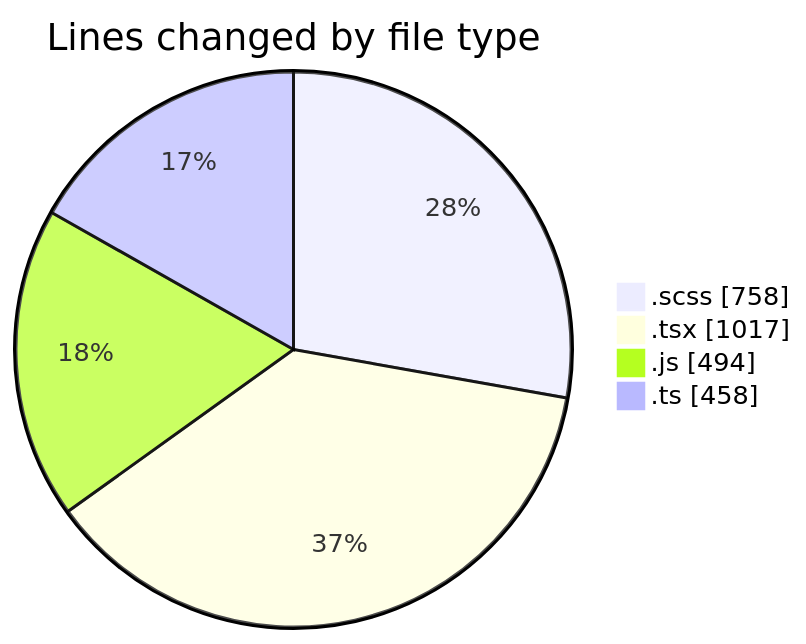
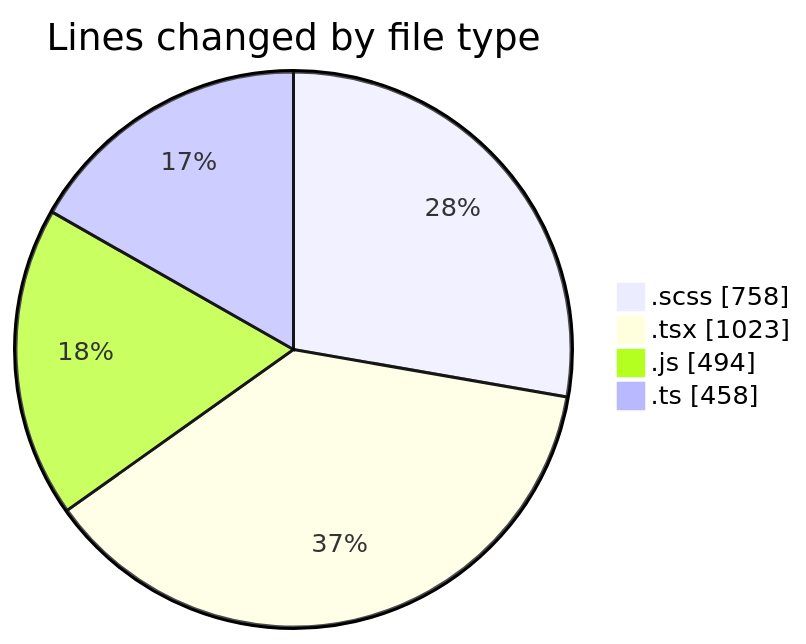
One commit to momahboobian/code-tracking changed the first of 2 diagrams in 2025-03-14/cda/README.md. Above: the diagram before and after it, drawn with Mermaid. The commit also changed other lines of this file and 1 other file, not shown here.

````diff
--- a/2025-03-14/cda/README.md
+++ b/2025-03-14/cda/README.md
@@ -34,8 +34,8 @@
 ```mermaid
 pie showData
 title Lines changed by file type
 ".scss" : 758
-".tsx" : 1017
+".tsx" : 1023
 ".js" : 494
 ".ts" : 458
 ```
````
